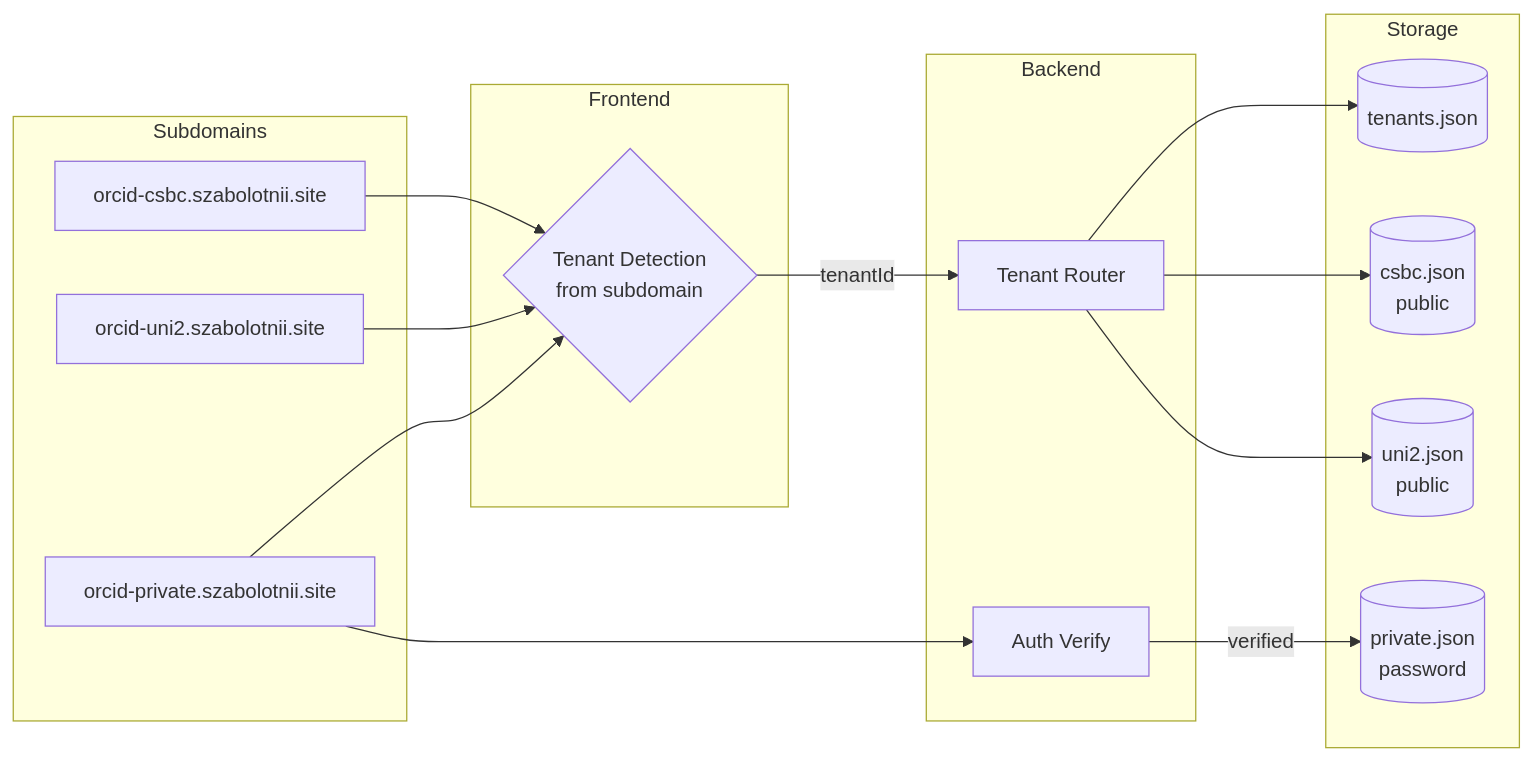
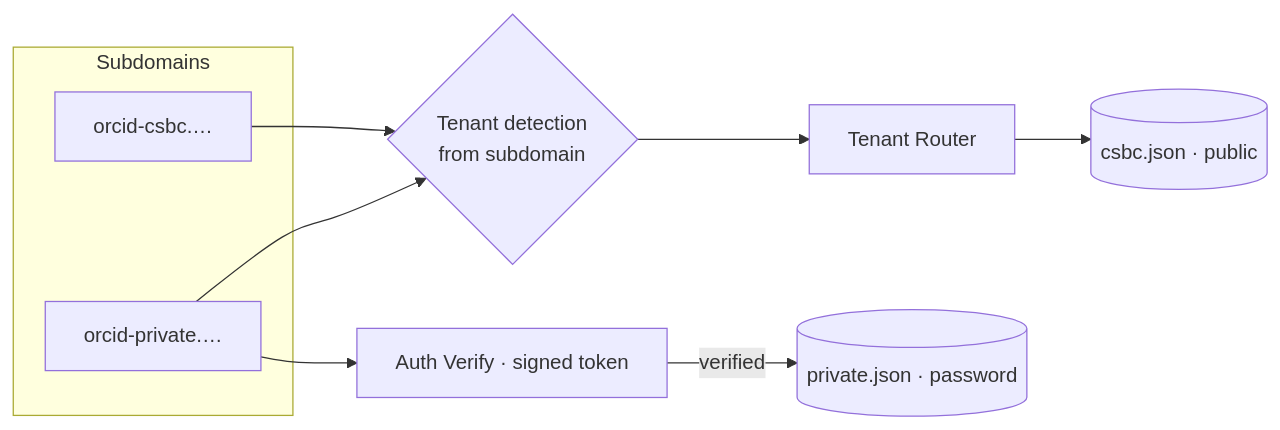
The fourth of 4 diagrams in README.md (SZabolotnii/ORCID-OpenAlex-Research-Aggregator), drawn with Mermaid before and after one commit. The commit also changed other lines of this file, not shown here.

````diff
--- a/README.md
+++ b/README.md
@@ -123,33 +174,15 @@
 ```mermaid
 graph LR
     subgraph Subdomains
-        S1[orcid-csbc.szabolotnii.site]
-        S2[orcid-uni2.szabolotnii.site]
-        S3[orcid-private.szabolotnii.site]
+        S1[orcid-csbc.…]
+        S3[orcid-private.…]
     end
-
-    subgraph Frontend
-        TD{Tenant Detection<br/>from subdomain}
-    end
-
-    subgraph Backend
-        TR[Tenant Router]
-        AU[Auth Verify]
-    end
-
-    subgraph Storage
-        T1[(csbc.json<br/>public)]
-        T2[(uni2.json<br/>public)]
-        T3[(private.json<br/>password)]
-        TC[(tenants.json)]
-    end
-
-    S1 --> TD
-    S2 --> TD
+    TD{Tenant detection<br/>from subdomain}
+    TR[Tenant Router]
+    AU[Auth Verify · signed token]
+    T1[(csbc.json · public)]
+    T3[(private.json · password)]
+    S1 --> TD --> TR --> T1
     S3 --> TD
-    TD -->|tenantId| TR
-    TR --> TC
-    TR --> T1
-    TR --> T2
     S3 --> AU -->|verified| T3
 ```
````
